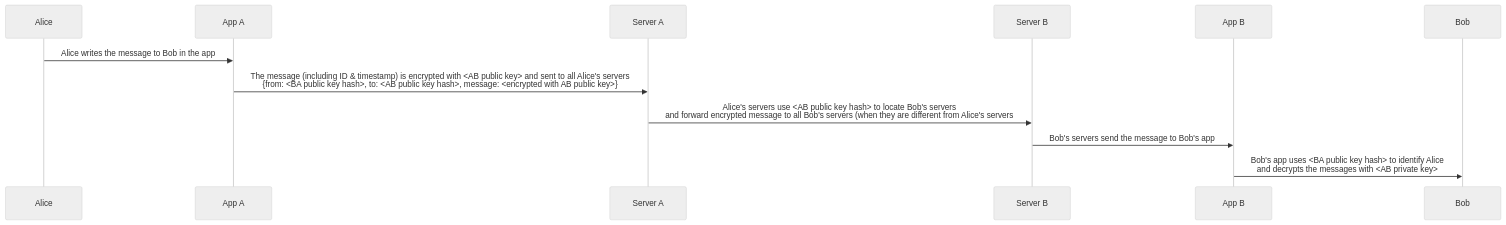
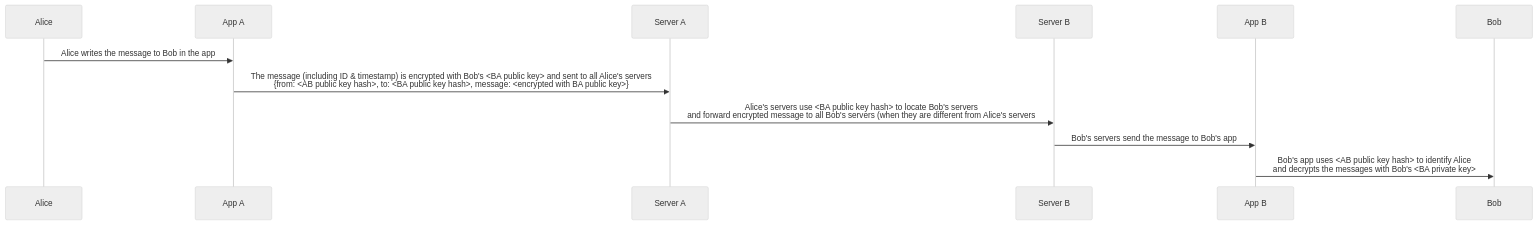
The diagram in diagrams/message.mmd (simplex-chat/simplex-chat), drawn with Mermaid (neutral theme) before and after one commit. The commit also changed 1 other file, not shown here.

Commit message:
docs: update sending message diagram

```diff
--- a/diagrams/message.mmd
+++ b/diagrams/message.mmd
@@ -1,12 +1,12 @@
 sequenceDiagram
   participant Alice
   participant App A
   participant Server A
   participant Server B
   participant App B
   participant Bob
   Alice ->> App A: Alice writes the message to Bob in the app
-  App A ->> Server A: The message (including ID & timestamp) is encrypted with <AB public key> and sent to all Alice's servers<br>{from: <BA public key hash>, to: <AB public key hash>, message: <encrypted with AB public key>}
-  Server A ->> Server B: Alice's servers use <AB public key hash> to locate Bob's servers<br>and forward encrypted message to all Bob's servers (when they are different from Alice's servers
+  App A ->> Server A: The message (including ID & timestamp) is encrypted with Bob's <BA public key> and sent to all Alice's servers<br>{from: <AB public key hash>, to: <BA public key hash>, message: <encrypted with BA public key>}
+  Server A ->> Server B: Alice's servers use <BA public key hash> to locate Bob's servers<br>and forward encrypted message to all Bob's servers (when they are different from Alice's servers
   Server B ->> App B: Bob's servers send the message to Bob's app
-  App B ->> Bob: Bob's app uses <BA public key hash> to identify Alice<br>and decrypts the messages with <AB private key>
+  App B ->> Bob: Bob's app uses <AB public key hash> to identify Alice<br>and decrypts the messages with Bob's <BA private key>
```
